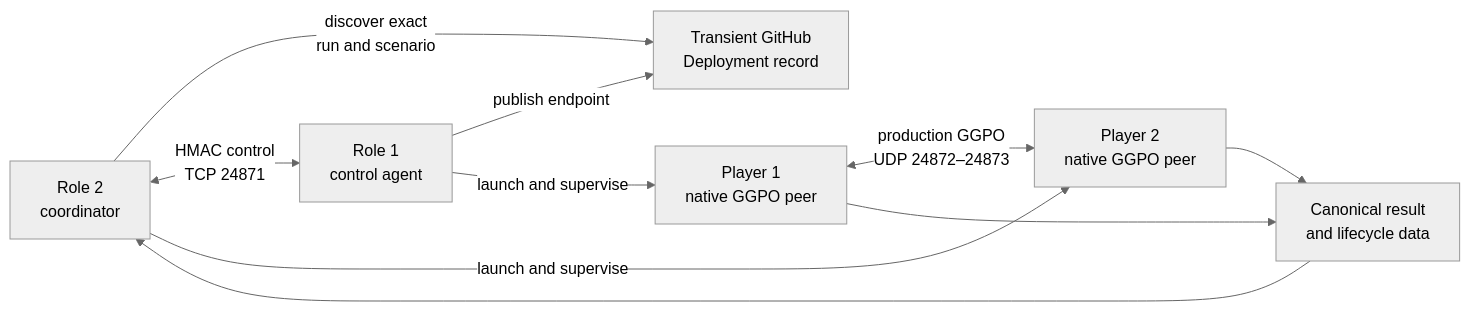
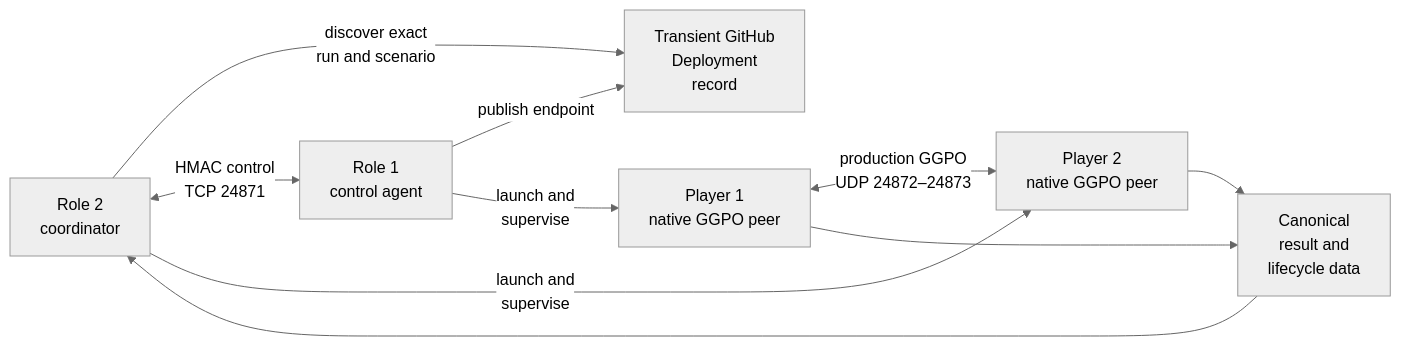
Before and after one commit to irregularthanis/ggpo-next: the second of 4 diagrams in doc/architecture/CrossPlatformTesting.md, drawn with Mermaid (neutral theme). The commit also changed other lines of this file and 3 other files, not shown here.

Commit message:
docs: prevent architecture diagram truncation

````diff
--- a/doc/architecture/CrossPlatformTesting.md
+++ b/doc/architecture/CrossPlatformTesting.md
@@ -223,19 +223,19 @@
 ```mermaid
 flowchart LR
     Coordinator["Role 2<br/>coordinator"]
     Agent["Role 1<br/>control agent"]
-    Deployment["Transient GitHub<br/>Deployment record"]
+    Deployment["Transient GitHub<br/>Deployment<br/>record"]
     Peer1["Player 1<br/>native GGPO peer"]
     Peer2["Player 2<br/>native GGPO peer"]
-    Results["Canonical result<br/>and lifecycle data"]
+    Results["Canonical<br/>result and<br/>lifecycle data"]
 
     Agent -->|"publish endpoint"| Deployment
     Coordinator -->|"discover exact<br/>run and scenario"| Deployment
     Coordinator <-->|"HMAC control<br/>TCP 24871"| Agent
-    Agent -->|"launch and supervise"| Peer1
-    Coordinator -->|"launch and supervise"| Peer2
+    Agent -->|"launch and<br/>supervise"| Peer1
+    Coordinator -->|"launch and<br/>supervise"| Peer2
     Peer1 <-->|"production GGPO<br/>UDP 24872–24873"| Peer2
     Peer1 --> Results
     Peer2 --> Results
     Results --> Coordinator
 ```
````
